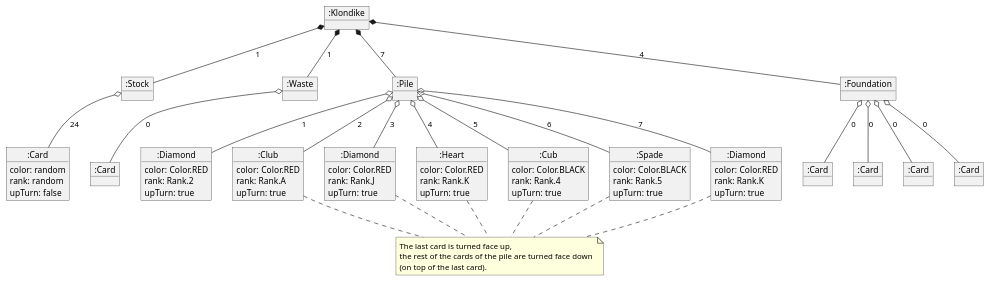
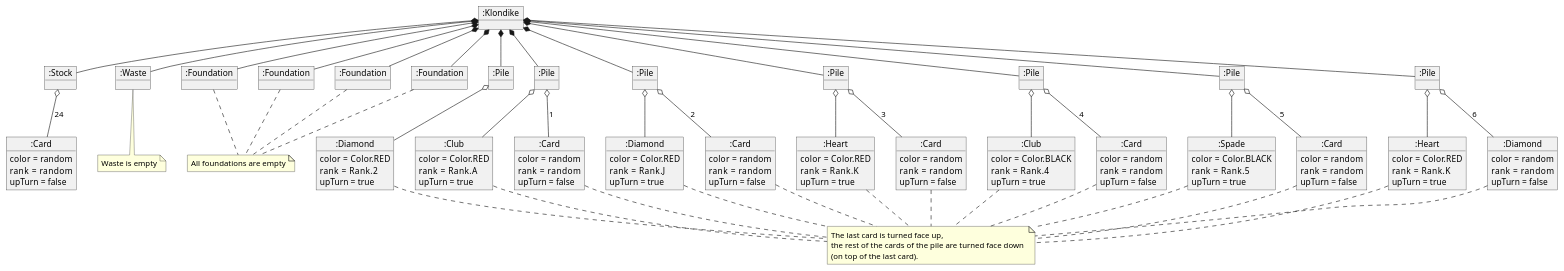
The diagram in klondike/diagrams/initial-state-diagram.iuml (bvegaM/software_degree), drawn with PlantUML before and after one commit. The commit also changed other lines of this file and 3 other files, not shown here.

Commit message:
edit initial state diagram

```diff
--- a/klondike/diagrams/initial-state-diagram.iuml
+++ b/klondike/diagrams/initial-state-diagram.iuml
@@ -1,101 +2,181 @@
-@startuml initial_state_diagram
+@startuml initial-state
 
-object ":Klondike" as Klondike
-object ":Stock" as Stock
-object ":Waste" as Waste
 
-object ":Pile" as Pile
+object ":Klondike" as klondike
+object ":Stock" as stock
+object ":Waste" as waste
+object ":Foundation" as foundation1
+object ":Foundation" as foundation2
+object ":Foundation" as foundation3
+object ":Foundation" as foundation4
+object ":Pile" as pile1
+object ":Pile" as pile2
+object ":Pile" as pile3
+object ":Pile" as pile4
+object ":Pile" as pile5
+object ":Pile" as pile6
+object ":Pile" as pile7
+object ":Card" as cardStock
+object ":Diamond" as cardPile1
+object ":Club" as cardPile2
+object ":Card" as cardRandomPile2
+object ":Diamond" as cardPile3
+object ":Card" as cardRandomPile3
+object ":Heart" as cardPile4
+object ":Card" as cardRandomPile4
+object ":Club" as cardPile5
+object ":Card" as cardRandomPile5
+object ":Spade" as cardPile6
+object ":Card" as cardRandomPile6
+object ":Heart" as cardPile7
+object ":Diamond" as cardRandomPile7
 
-object ":Foundation" as Foundation
+'STOCK'
+cardStock : color  = random
+cardStock : rank   = random
+cardStock : upTurn = false
 
-object ":Card" as Card{
-    color: random
-    rank: random
-    upTurn: false
-}
+stock o-- cardStock: 24
 
-object ":Card" as Card0
 
-object ":Diamond" as Card1{
-    color: Color.RED
-    rank: Rank.2
-    upTurn: true
-}
+'WASTE'
+note as noteWaste
+Waste is empty
+end note
+waste .. noteWaste
 
-object ":Club" as Card2{
-    color: Color.RED
-    rank: Rank.A
-    upTurn: true
-}
+'FOUNDATION'
+note as noteFoundations
+All foundations are empty
+end note
 
-object ":Diamond" as Card3{
-    color: Color.RED
-    rank: Rank.J
-    upTurn: true
-}
+foundation1 .. noteFoundations
+foundation2 .. noteFoundations
+foundation3 .. noteFoundations
+foundation4 .. noteFoundations
 
-object ":Heart" as Card4{
-    color: Color.RED
-    rank: Rank.K
-    upTurn: true
-}
 
-object ":Cub" as Card5{
-    color: Color.BLACK
-    rank: Rank.4
-    upTurn: true
-}
+'PILE 1'
+cardPile1 : color  = Color.RED
+cardPile1 : rank   = Rank.2
+cardPile1 : upTurn = true
 
-object ":Spade" as Card6{
-    color: Color.BLACK
-    rank: Rank.5
-    upTurn: true
-}
-object ":Diamond" as Card7{
-    color: Color.RED
-    rank: Rank.K
-    upTurn: true
-}
+pile1 o-- cardPile1
 
-object ":Card" as Card8
-object ":Card" as Card9
-object ":Card" as Card10
-object ":Card" as Card11
+'PILE 2'
+cardRandomPile2 : color  = random
+cardRandomPile2 : rank   = random
+cardRandomPile2 : upTurn = false
 
-note as Note
+cardPile2 : color  = Color.RED
+cardPile2 : rank   = Rank.A
+cardPile2 : upTurn = true
+
+pile2 o-- cardPile2
+pile2 o-- cardRandomPile2:1
+
+
+'PILE 3'
+cardRandomPile3 : color  = random
+cardRandomPile3 : rank   = random
+cardRandomPile3 : upTurn = false
+
+cardPile3 : color  = Color.RED
+cardPile3 : rank   = Rank.J
+cardPile3 : upTurn = true
+
+pile3 o-- cardPile3
+pile3 o-- cardRandomPile3:2
+
+
+'PILE 4'
+cardRandomPile4 : color  = random
+cardRandomPile4 : rank   = random
+cardRandomPile4 : upTurn = false
+
+cardPile4 : color  = Color.RED
+cardPile4 : rank   = Rank.K
+cardPile4 : upTurn = true
+
+pile4 o-- cardPile4
+pile4 o-- cardRandomPile4:3
+
+
+'PILE 5'
+
+cardRandomPile5 : color  = random
+cardRandomPile5 : rank   = random
+cardRandomPile5 : upTurn = false
+
+cardPile5 : color  = Color.BLACK
+cardPile5 : rank   = Rank.4
+cardPile5 : upTurn = true
+
+pile5 o-- cardPile5
+pile5 o-- cardRandomPile5:4
+
+
+'PILE 6'
+cardRandomPile6 : color  = random
+cardRandomPile6 : rank   = random
+cardRandomPile6 : upTurn = false
+
+cardPile6 : color  = Color.BLACK
+cardPile6 : rank   = Rank.5
+cardPile6 : upTurn = true
+
+pile6 o-- cardPile6
+pile6 o-- cardRandomPile6:5
+
+
+'PILE 7'
+cardRandomPile7 : color  = random
+cardRandomPile7 : rank   = random
+cardRandomPile7 : upTurn = false
+
+cardPile7 : color  = Color.RED
+cardPile7 : rank   = Rank.K
+cardPile7 : upTurn = true
+
+pile7 o-- cardPile7
+pile7 o-- cardRandomPile7:6
+
+
+'NOTE LAST CARD OF PILE'
+note as noteLastCardOfPile
 The last card is turned face up, 
 the rest of the cards of the pile are turned face down 
 (on top of the last card).
 end note
 
-Klondike *-- Stock: 1
-Klondike *-- Waste: 1
-Klondike *-- Pile: 7
-Klondike *-- Foundation: 4
+cardPile1 .. noteLastCardOfPile
+cardPile2 .. noteLastCardOfPile
+cardPile3 .. noteLastCardOfPile
+cardPile4 .. noteLastCardOfPile
+cardPile5 .. noteLastCardOfPile
+cardPile6 .. noteLastCardOfPile
+cardPile7 .. noteLastCardOfPile
 
+cardRandomPile2 .. noteLastCardOfPile
+cardRandomPile3 .. noteLastCardOfPile
+cardRandomPile4 .. noteLastCardOfPile
+cardRandomPile5 .. noteLastCardOfPile
+cardRandomPile6 .. noteLastCardOfPile
+cardRandomPile7 .. noteLastCardOfPile
 
-Stock o-- Card: 24
-Waste o-- Card0:0
-
-Pile o-- Card1: 1
-Pile o-- Card2: 2
-Pile o-- Card3: 3
-Pile o-- Card4: 4
-Pile o-- Card5: 5
-Pile o-- Card6: 6
-Pile o-- Card7: 7
-
-Foundation o-- Card8:0
-Foundation o-- Card9:0
-Foundation o-- Card10:0
-Foundation o-- Card11:0
-
-Card2 .. Note
-Card3 .. Note
-Card4 .. Note
-Card5 .. Note
-Card6 .. Note
-Card7 .. Note
-
+'KLONDIKE'
+klondike *-- stock
+klondike *-- waste
+klondike *-- foundation1
+klondike *-- foundation2
+klondike *-- foundation3
+klondike *-- foundation4
+klondike *-- pile1
+klondike *-- pile2
+klondike *-- pile3
+klondike *-- pile4
+klondike *-- pile5
+klondike *-- pile6
+klondike *-- pile7
 
 @enduml
```
